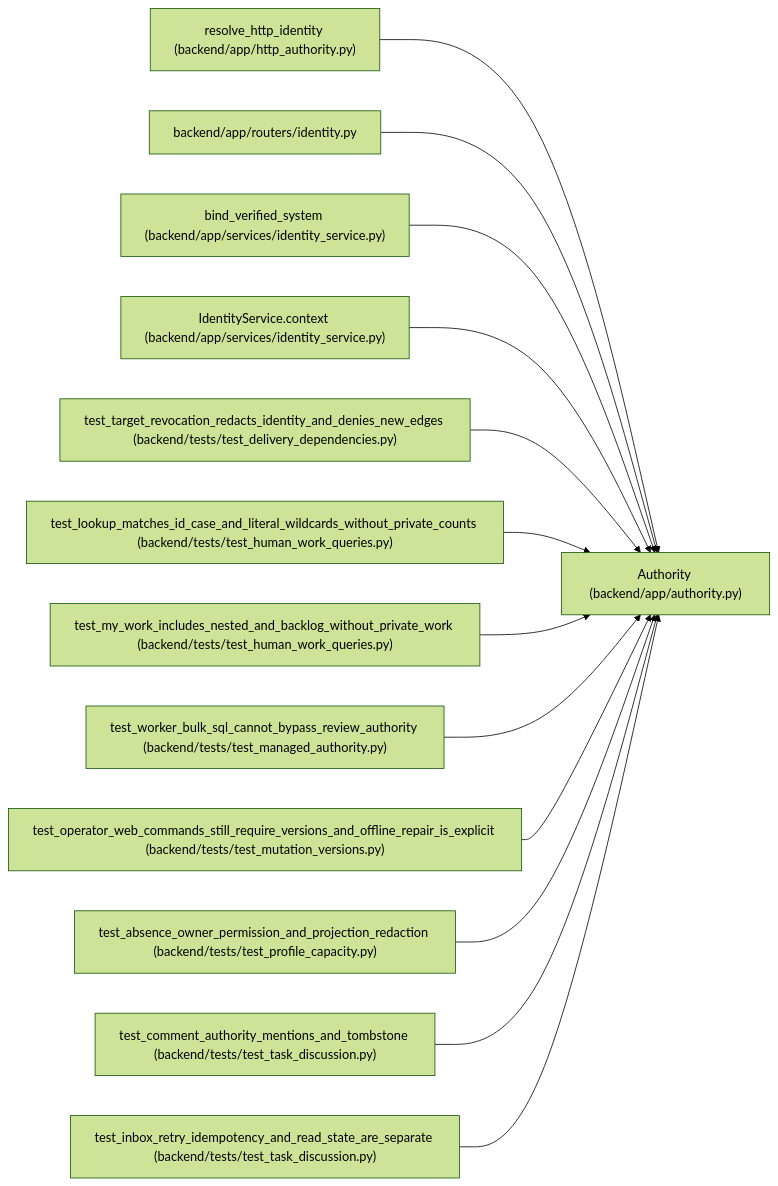
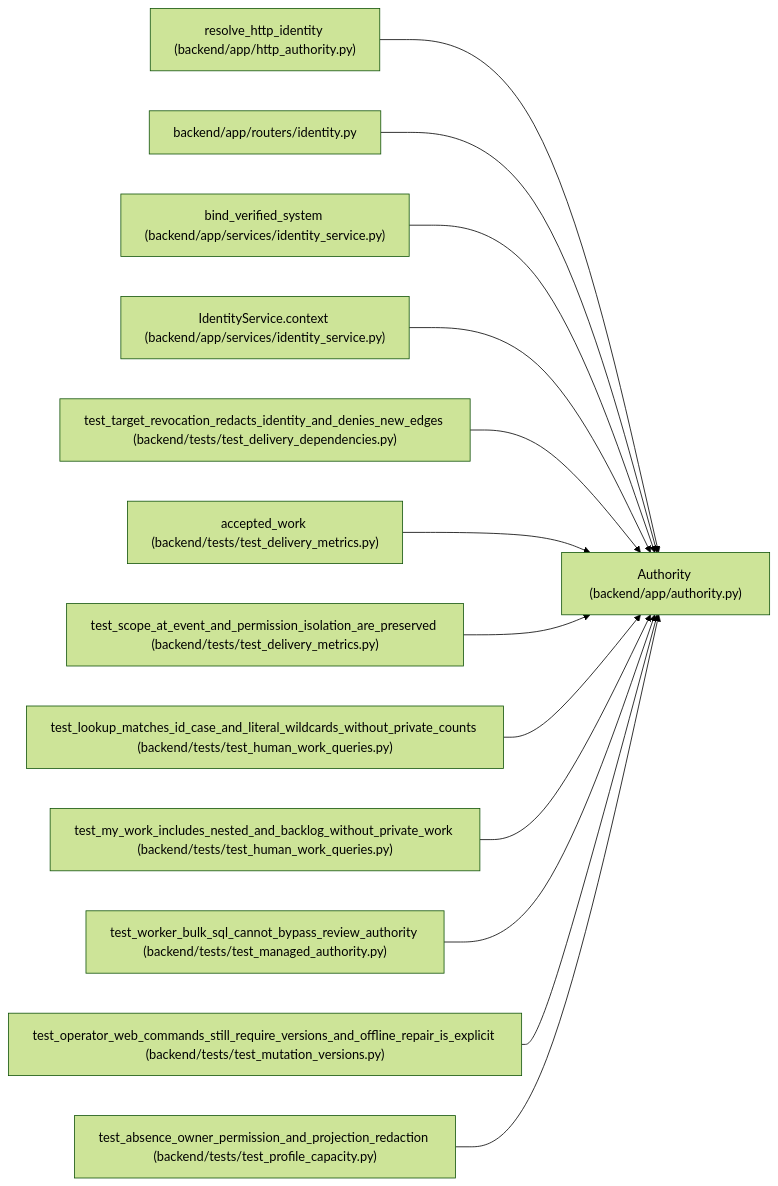
Before and after one commit to Denissvgn/WorkChord: the diagram in docs/llm_wiki/entities/Authority.md, drawn with Mermaid (forest theme). The commit also changed other lines of this file and 628 other files, not shown here.

````diff
--- a/docs/llm_wiki/entities/Authority.md
+++ b/docs/llm_wiki/entities/Authority.md
@@ -45,41 +45,41 @@
 ```mermaid
 flowchart LR
     n0["Authority (backend/app/authority.py)"]
     n1["resolve_http_identity (backend/app/http_authority.py)"]
     n2["backend/app/routers/identity.py"]
     n3["bind_verified_system (backend/app/services/identity_service.py)"]
     n4["IdentityService.context (backend/app/services/identity_service.py)"]
     n5["test_target_revocation_redacts_identity_and_denies_new_edges (backend/tests/test_delivery_dependencies.py)"]
-    n6["test_lookup_matches_id_case_and_literal_wildcards_without_private_counts (backend/tests/test_human_work_queries.py)"]
-    n7["test_my_work_includes_nested_and_backlog_without_private_work (backend/tests/test_human_work_queries.py)"]
-    n8["test_worker_bulk_sql_cannot_bypass_review_authority (backend/tests/test_managed_authority.py)"]
-    n9["test_operator_web_commands_still_require_versions_and_offline_repair_is_explicit (backend/tests/test_mutation_versions.py)"]
-    n10["test_absence_owner_permission_and_projection_redaction (backend/tests/test_profile_capacity.py)"]
-    n11["test_comment_authority_mentions_and_tombstone (backend/tests/test_task_discussion.py)"]
-    n12["test_inbox_retry_idempotency_and_read_state_are_separate (backend/tests/test_task_discussion.py)"]
+    n6["accepted_work (backend/tests/test_delivery_metrics.py)"]
+    n7["test_scope_at_event_and_permission_isolation_are_preserved (backend/tests/test_delivery_metrics.py)"]
+    n8["test_lookup_matches_id_case_and_literal_wildcards_without_private_counts (backend/tests/test_human_work_queries.py)"]
+    n9["test_my_work_includes_nested_and_backlog_without_private_work (backend/tests/test_human_work_queries.py)"]
+    n10["test_worker_bulk_sql_cannot_bypass_review_authority (backend/tests/test_managed_authority.py)"]
+    n11["test_operator_web_commands_still_require_versions_and_offline_repair_is_explicit (backend/tests/test_mutation_versions.py)"]
+    n12["test_absence_owner_permission_and_projection_redaction (backend/tests/test_profile_capacity.py)"]
     n1 --> n0
     n2 --> n0
     n3 --> n0
     n4 --> n0
     n5 --> n0
     n6 --> n0
     n7 --> n0
     n8 --> n0
     n9 --> n0
     n10 --> n0
     n11 --> n0
     n12 --> n0
     click n0 "../modules/authority.md"
     click n1 "../modules/http_authority.md"
     click n2 "../modules/routers_identity.md"
     click n3 "../modules/identity_service.md"
     click n4 "../modules/identity_service.md"
     click n5 "../modules/test_delivery_dependencies.md"
-    click n6 "../modules/test_human_work_queries.md"
-    click n7 "../modules/test_human_work_queries.md"
-    click n8 "../modules/test_managed_authority.md"
-    click n9 "../modules/test_mutation_versions.md"
-    click n10 "../modules/test_profile_capacity.md"
-    click n11 "../modules/test_task_discussion.md"
-    click n12 "../modules/test_task_discussion.md"
+    click n6 "../modules/test_delivery_metrics.md"
+    click n7 "../modules/test_delivery_metrics.md"
+    click n8 "../modules/test_human_work_queries.md"
+    click n9 "../modules/test_human_work_queries.md"
+    click n10 "../modules/test_managed_authority.md"
+    click n11 "../modules/test_mutation_versions.md"
+    click n12 "../modules/test_profile_capacity.md"
 ```
````
